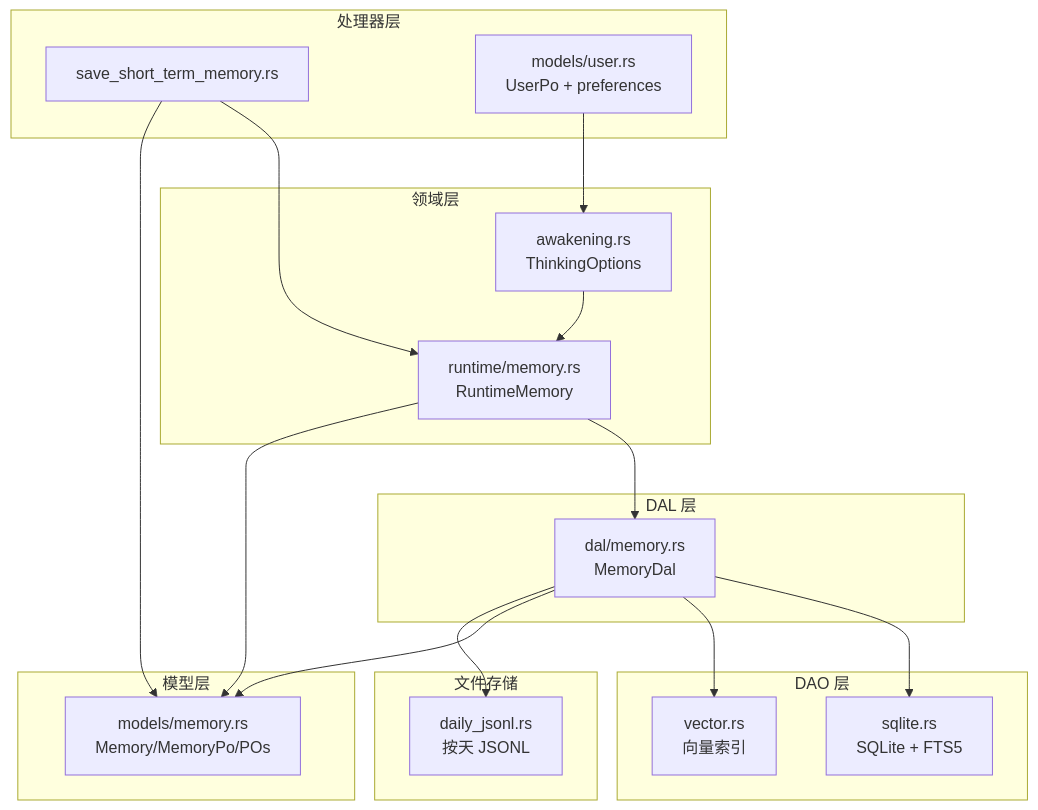
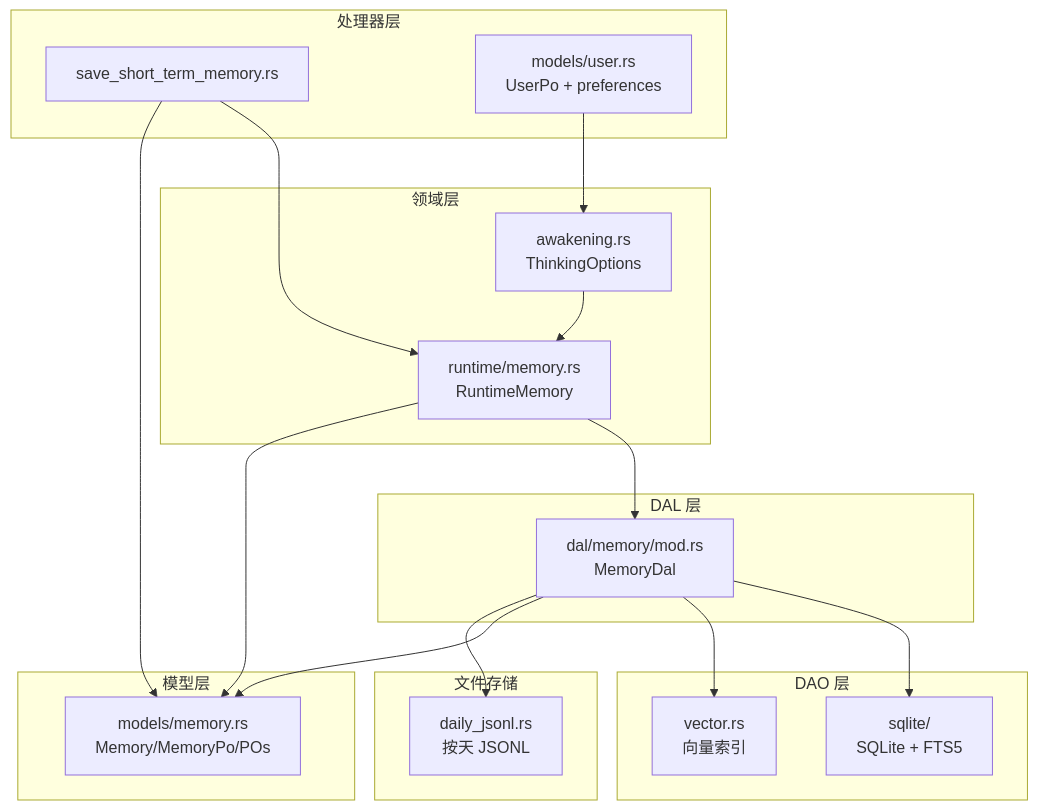
One commit to runningcoders/ai_orz changed the first of 6 diagrams in docs/wiki/zh/content/架构设计/记忆系统架构.md. Above: the diagram before and after it, drawn with Mermaid. The commit also changed other lines of this file and 45 other files, not shown here.

First line of the commit message:
docs(wiki): 轨迹查询链路 + memory DAO/DAL 目录化 — 长文更新35页 + 知识卡合并1张新增2张 + 单向引用与图谱关联对齐（AGENTS §2.1.3 v2.1，dccbb402..481a8bbb）

````diff
--- a/docs/wiki/zh/content/架构设计/记忆系统架构.md
+++ b/docs/wiki/zh/content/架构设计/记忆系统架构.md
@@ -61,32 +61,32 @@
 ```mermaid
 graph TB
 subgraph "处理器层"
 H["save_short_term_memory.rs"]
 U["update_current_user.rs"]
 end
 subgraph "领域层"
 R["runtime/memory.rs<br/>RuntimeMemory"]
 A["awakening.rs<br/>ThinkingOptions"]
 end
 subgraph "DAL 层"
-D["dal/memory.rs<br/>MemoryDal"]
+D["dal/memory/mod.rs<br/>MemoryDal"]
 end
 subgraph "DAO 层"
-S["sqlite.rs<br/>SQLite + FTS5"]
+S["sqlite/<br/>SQLite + FTS5"]
 V["vector.rs<br/>向量索引"]
 end
 subgraph "模型层"
 M["models/memory.rs<br/>Memory/MemoryPo/POs"]
 U["models/user.rs<br/>UserPo + preferences"]
 end
 subgraph "文件存储"
 F["daily_jsonl.rs<br/>按天 JSONL"]
 end
 H --> R --> D --> S
 U --> A --> R
 D --> V
 D --> M
 R --> M
 H --> M
 D --> F
 ```
````
